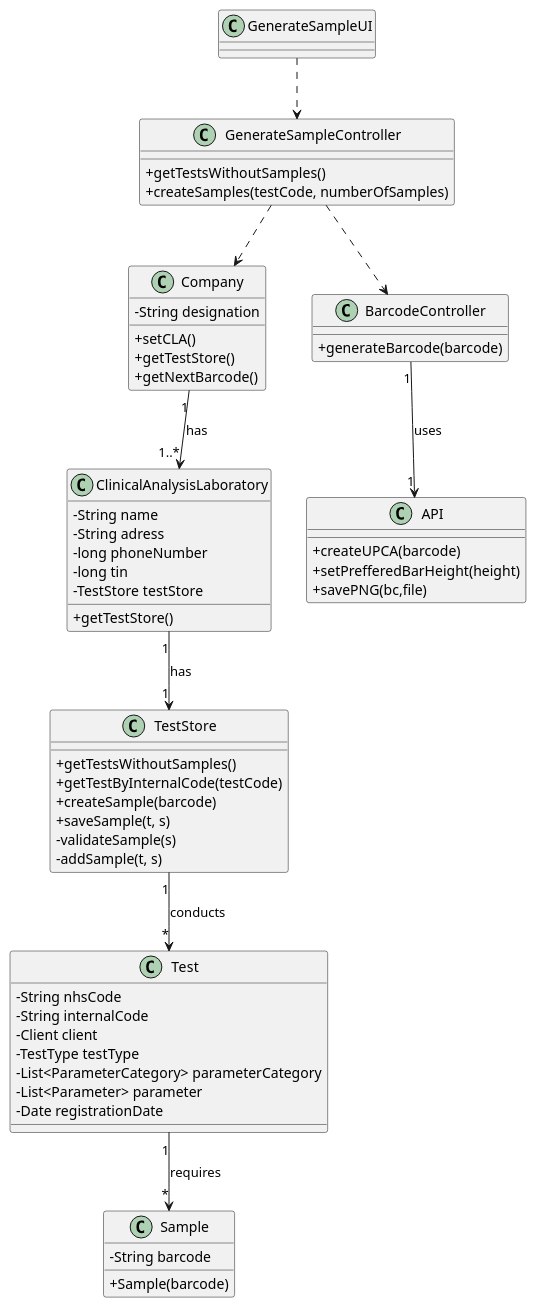
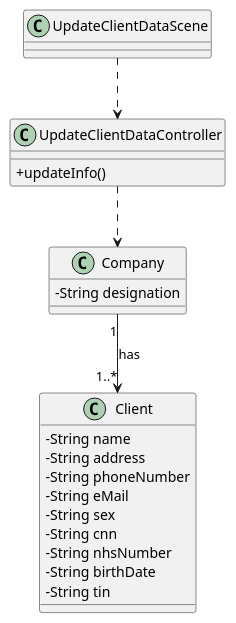
One commit to RuiRioPina/LAPR2-20-21 changed the diagram in docs/SprintD/US_2/UC2_CD.puml. Above: the diagram before and after it, drawn with PlantUML. The commit also changed 1 other file, not shown here.

```diff
--- a/docs/SprintD/US_2/UC2_CD.puml
+++ b/docs/SprintD/US_2/UC2_CD.puml
@@ -1,71 +1,31 @@
 @startuml
 skinparam classAttributeIconSize 0
 
 class Company
 {
   -String designation
-  +setCLA()
-  +getTestStore()
-  +getNextBarcode()
 }
 
-class ClinicalAnalysisLaboratory {
+class Client {  
   -String name
-  -String adress
-  -long phoneNumber
-  -long tin
-  -TestStore testStore
-  +getTestStore()
+  -String address
+  -String phoneNumber
+  -String eMail
+  -String sex
+  -String cnn
+  -String nhsNumber
+  -String birthDate
+  -String tin
 }
 
-class Test {
-  -String nhsCode
-  -String internalCode
-  -Client client
-  -TestType testType
-  -List<ParameterCategory> parameterCategory
-  -List<Parameter> parameter
-  -Date registrationDate
+class UpdateClientDataController {
+  +updateInfo()
 }
 
-class Sample {
-  -String barcode
-  +Sample(barcode)
+class UpdateClientDataScene {
 }
 
-class TestStore {
-  +getTestsWithoutSamples()
-  +getTestByInternalCode(testCode)
-  +createSample(barcode)
-  +saveSample(t, s)
-  -validateSample(s)
-  -addSample(t, s)
-}
-
-class BarcodeController {
-  +generateBarcode(barcode)
-}
-
-class API {
-  +createUPCA(barcode)
-  +setPrefferedBarHeight(height)
-  +savePNG(bc,file)
-}
-
-class GenerateSampleUI {
-}
-
-class GenerateSampleController {
-  +getTestsWithoutSamples()
-  +createSamples(testCode, numberOfSamples)
-}
-
-GenerateSampleUI ..> GenerateSampleController
-GenerateSampleController ..> Company
-GenerateSampleController ..> BarcodeController
-Company "1" --> "1..*" ClinicalAnalysisLaboratory : has
-ClinicalAnalysisLaboratory "1" --> "1" TestStore : has
-TestStore "1" --> "*" Test : conducts
-Test "1" --> "*" Sample : requires
-BarcodeController "1" --> "1" API : uses
+UpdateClientDataScene ..> UpdateClientDataController 
+UpdateClientDataController ..> Company
+Company "1" --> "1..*" Client: has
 @enduml
```
